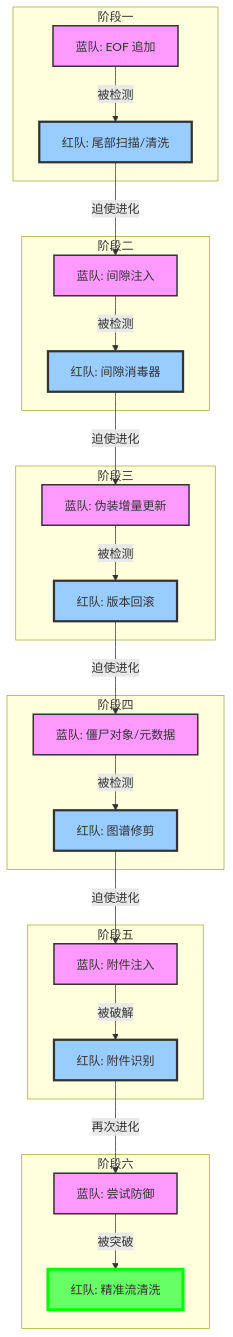
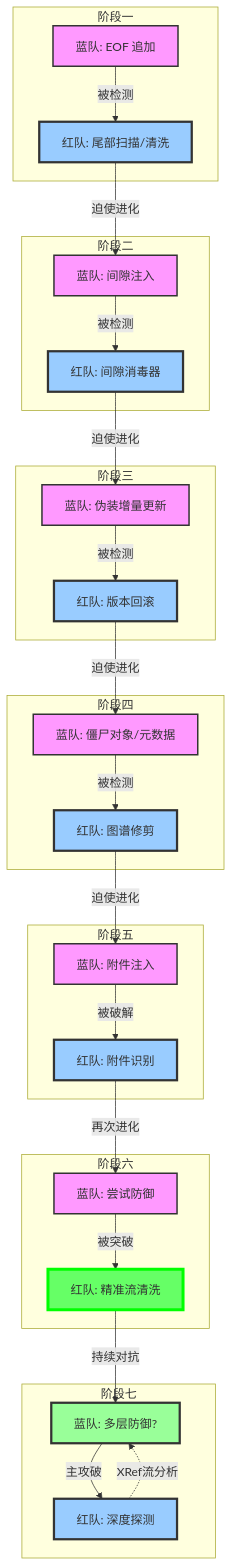
One commit to hrygo/phantom-stream changed the diagram in attacker/REPORT_v1.md. Above: the diagram before and after it, drawn with Mermaid. The commit also changed other lines of this file and 35 other files, not shown here.

````diff
--- a/attacker/REPORT_v1.md
+++ b/attacker/REPORT_v1.md
@@ -19,46 +19,54 @@
 ```mermaid
 graph TD
     subgraph Phase1 [阶段一]
     D1[蓝队: EOF 追加] -->|被检测| A1[红队: 尾部扫描/清洗]
     end
     
     subgraph Phase2 [阶段二]
     A1 -->|迫使进化| D2[蓝队: 间隙注入]
     D2 -->|被检测| A2[红队: 间隙消毒器]
     end
     
     subgraph Phase3 [阶段三]
     A2 -->|迫使进化| D3[蓝队: 伪装增量更新]
     D3 -->|被检测| A3[红队: 版本回滚]
     end
     
     subgraph Phase4 [阶段四]
     A3 -->|迫使进化| D4[蓝队: 僵尸对象/元数据]
     D4 -->|被检测| A4[红队: 图谱修剪]
     end
 
     subgraph Phase5 [阶段五]
     A4 -->|迫使进化| D5[蓝队: 附件注入]
     D5 -->|被破解| A5[红队: 附件识别]
     end
 
     style D1 fill:#f9f,stroke:#333,stroke-width:2px
     style D2 fill:#f9f,stroke:#333,stroke-width:2px
     style D3 fill:#f9f,stroke:#333,stroke-width:2px
     style D4 fill:#f9f,stroke:#333,stroke-width:2px
     style D5 fill:#f9f,stroke:#333,stroke-width:2px
 
     style A1 fill:#9cf,stroke:#333,stroke-width:3px
     style A2 fill:#9cf,stroke:#333,stroke-width:3px
     style A3 fill:#9cf,stroke:#333,stroke-width:3px
     style A4 fill:#9cf,stroke:#333,stroke-width:3px
     style A5 fill:#9cf,stroke:#333,stroke-width:3px
 
     subgraph Phase6 [阶段六]
     A5 -->|再次进化| D6[蓝队: 尝试防御]
     D6 -->|被突破| A6[红队: 精准流清洗]
     end
 
+    subgraph Phase7 [阶段七]
+    A6 -->|持续对抗| D7[蓝队: 多层防御?]
+    D7 -->|主攻破| A7[红队: 深度探测]
+    A7 -.->|XRef流分析| D7
+    end
+
     style D6 fill:#f9f,stroke:#333,stroke-width:2px
     style A6 fill:#6f6,stroke:#0f0,stroke-width:4px
+    style D7 fill:#9f9,stroke:#f99,stroke:#333,stroke-width:3px
+    style A7 fill:#9cf,stroke:#f90,stroke:#333,stroke-width:3px
 ```
````
